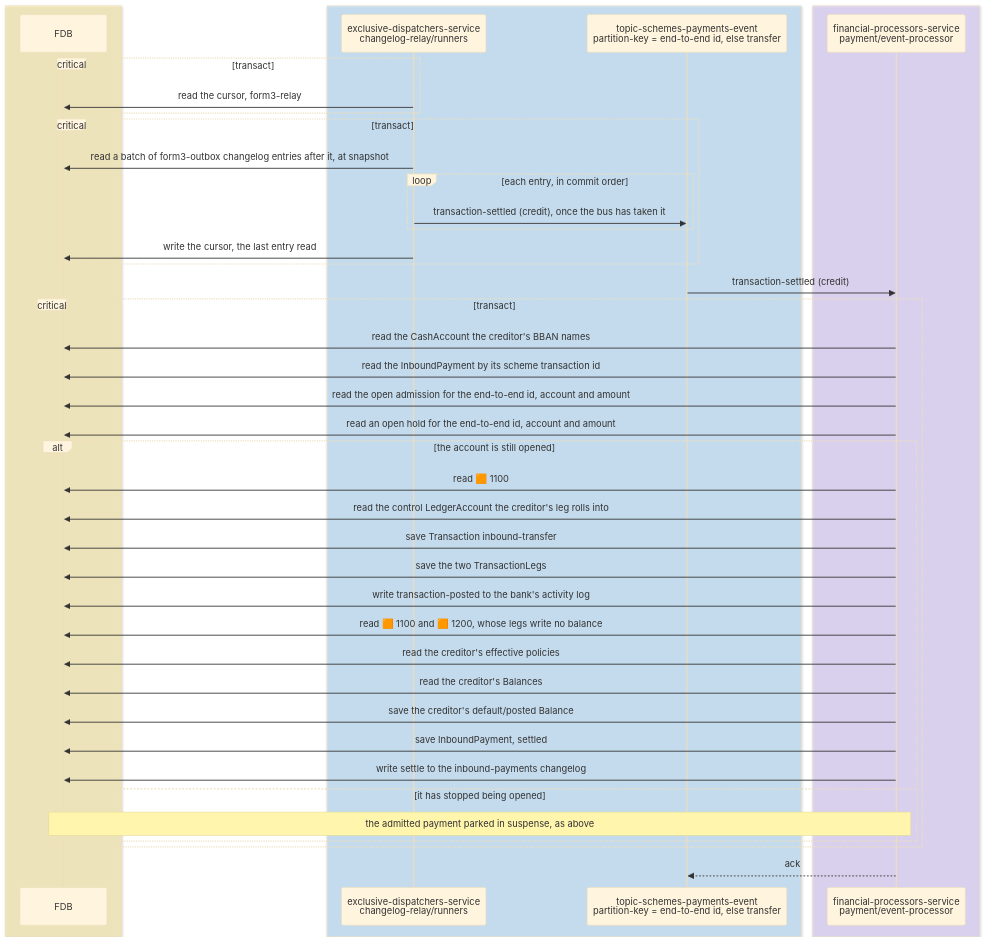
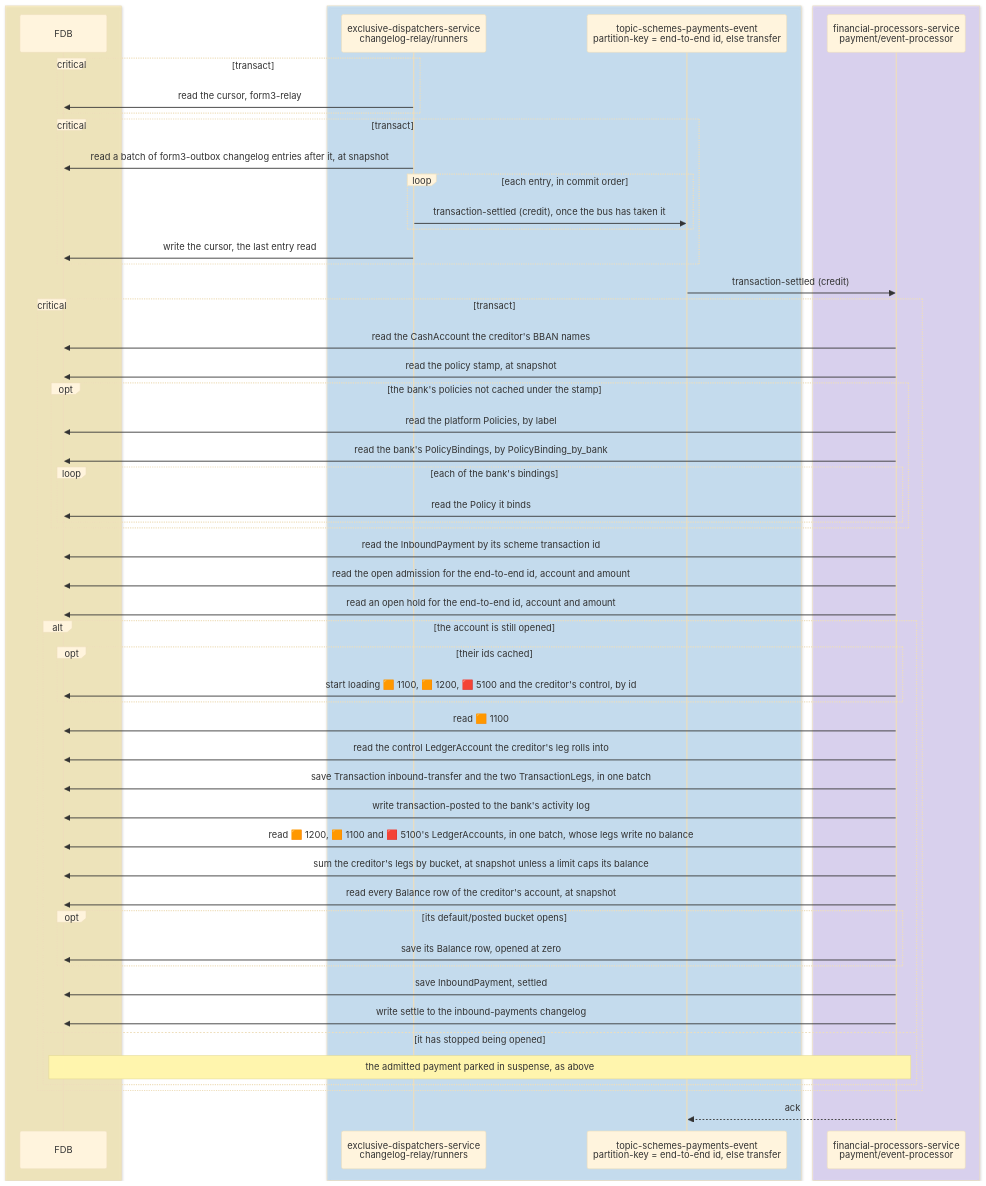
One commit to repldriven/queenswood changed diagram 12 of 15 in docs/tdd/payments-inbound.md. Above: the diagram before and after it, drawn with Mermaid (base theme). The commit also changed other lines of this file and 29 other files, not shown here.

````diff
--- a/docs/tdd/payments-inbound.md
+++ b/docs/tdd/payments-inbound.md
@@ -562,46 +624,58 @@
 ```mermaid
 sequenceDiagram
     box rgba(255, 236, 153, 0.5)
     participant DB as FDB
     end
     box rgba(165, 216, 255, 0.45)
     participant OR as exclusive-dispatchers-service<br/>changelog-relay/runners
     participant SE as topic-schemes-payments-event<br/>partition-key = end-to-end id, else transfer
     end
     box rgba(208, 191, 255, 0.45)
     participant PE as financial-processors-service<br/>payment/event-processor
     end
     critical transact
     OR->>DB: read the cursor, form3-relay
     end
     critical transact
     OR->>DB: read a batch of form3-outbox changelog entries after it, at snapshot
     loop each entry, in commit order
     OR->>SE: transaction-settled (credit), once the bus has taken it
     end
     OR->>DB: write the cursor, the last entry read
     end
     SE->>PE: transaction-settled (credit)
     critical transact
     PE->>DB: read the CashAccount the creditor's BBAN names
+    PE->>DB: read the policy stamp, at snapshot
+    opt the bank's policies not cached under the stamp
+    PE->>DB: read the platform Policies, by label
+    PE->>DB: read the bank's PolicyBindings, by PolicyBinding_by_bank
+    loop each of the bank's bindings
+    PE->>DB: read the Policy it binds
+    end
+    end
     PE->>DB: read the InboundPayment by its scheme transaction id
     PE->>DB: read the open admission for the end-to-end id, account and amount
     PE->>DB: read an open hold for the end-to-end id, account and amount
     alt the account is still opened
+    opt their ids cached
+    PE->>DB: start loading 🟧 1100, 🟧 1200, 🟥 5100 and the creditor's control, by id
+    end
     PE->>DB: read 🟧 1100
     PE->>DB: read the control LedgerAccount the creditor's leg rolls into
-    PE->>DB: save Transaction inbound-transfer
-    PE->>DB: save the two TransactionLegs
+    PE->>DB: save Transaction inbound-transfer and the two TransactionLegs, in one batch
     PE->>DB: write transaction-posted to the bank's activity log
-    PE->>DB: read 🟧 1100 and 🟧 1200, whose legs write no balance
-    PE->>DB: read the creditor's effective policies
-    PE->>DB: read the creditor's Balances
-    PE->>DB: save the creditor's default/posted Balance
+    PE->>DB: read 🟧 1200, 🟧 1100 and 🟥 5100's LedgerAccounts, in one batch, whose legs write no balance
+    PE->>DB: sum the creditor's legs by bucket, at snapshot unless a limit caps its balance
+    PE->>DB: read every Balance row of the creditor's account, at snapshot
+    opt its default/posted bucket opens
+    PE->>DB: save its Balance row, opened at zero
+    end
     PE->>DB: save InboundPayment, settled
     PE->>DB: write settle to the inbound-payments changelog
     else it has stopped being opened
     Note over PE,DB: the admitted payment parked in suspense, as above
     end
     end
     PE-->>SE: ack
 ```
````
